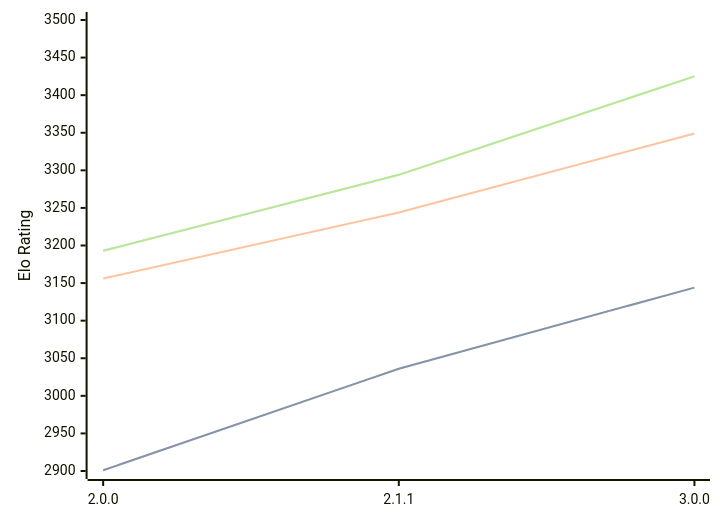
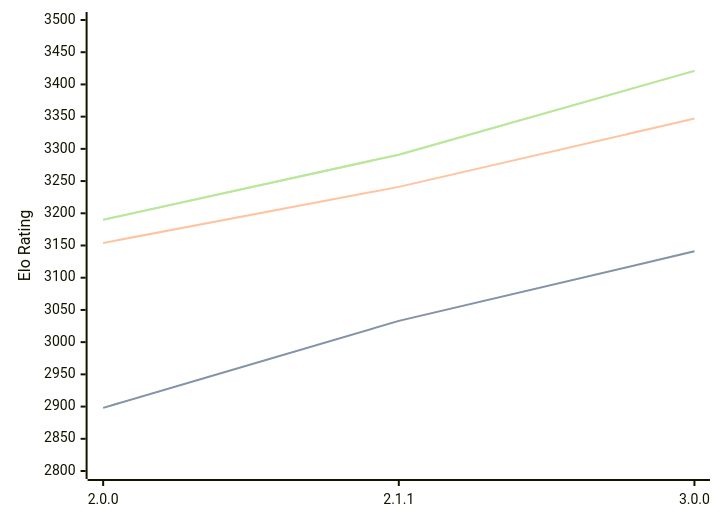
One commit to computer-chess-index/cci changed the diagram in engines/Bread.md. Above: the diagram before and after it, drawn with Mermaid. The commit also changed other lines of this file, not shown here.

Commit message:
Update CCI Ratings (ELO VLTC) - 2026-04-23

````diff
--- a/engines/Bread.md
+++ b/engines/Bread.md
@@ -51,11 +51,11 @@
 ```mermaid
 %%{init: {"theme":"base","themeVariables":{"seriesColors:['#a3a3a3','#222221','#faa371']}}}%%
 xychart-beta
   x-axis ["2.0.0", "2.1.1", "3.0.0"]
-  y-axis "Elo Rating" 2900 --> 3500
-  line "STC (8.0+0.08s)" [2901, 3036, 3144]
-  line "STC (8.0+0.08s)" [2901, 3036, 3144]
-  line "LTC (60.0+0.60s)" [3156, 3244, 3349]
-  line "VLTC (2m24s+1.12s)" [3193, 3294, 3425]
-  line "VLTC (2m24s+1.12s)" [3193, 3294, 3425]
+  y-axis "Elo Rating" 2800 --> 3500
+  line "STC (8.0+0.08s)" [2898, 3033, 3141]
+  line "STC (8.0+0.08s)" [2898, 3033, 3141]
+  line "LTC (60.0+0.60s)" [3154, 3241, 3347]
+  line "VLTC (2m24s+1.12s)" [3190, 3291, 3421]
+  line "VLTC (2m24s+1.12s)" [3190, 3291, 3421]
 ```
````
